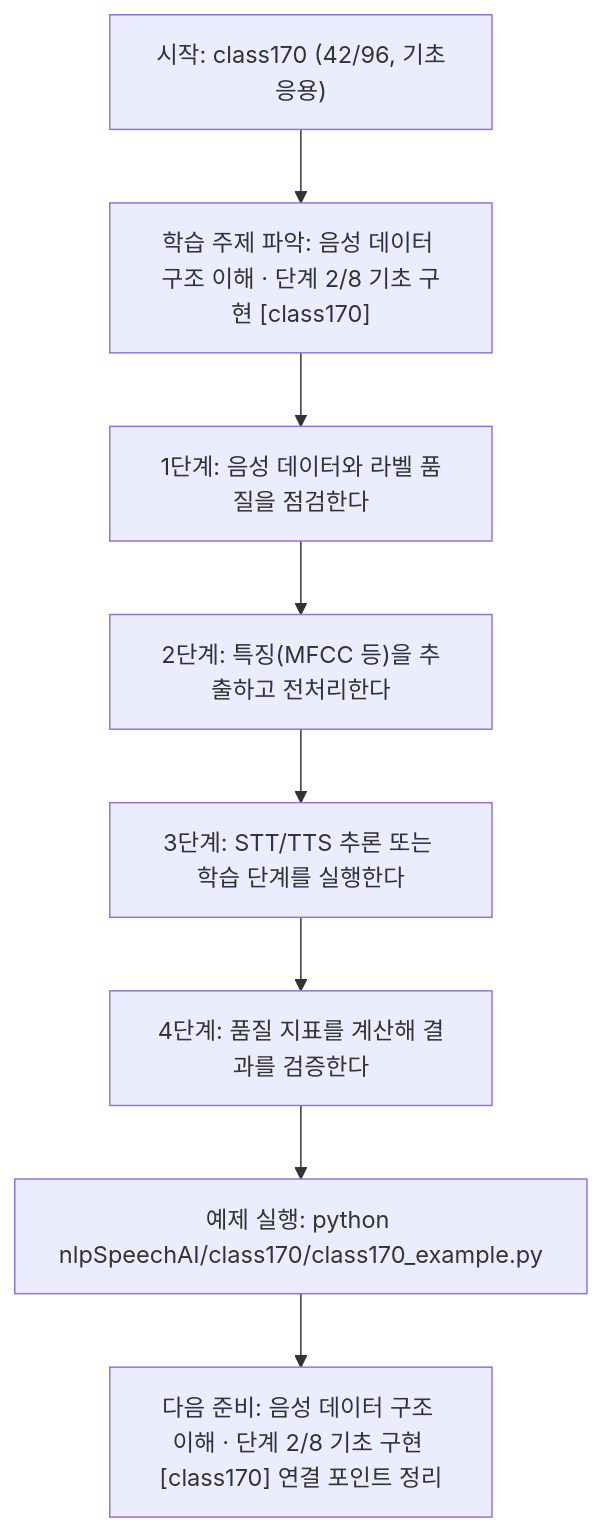
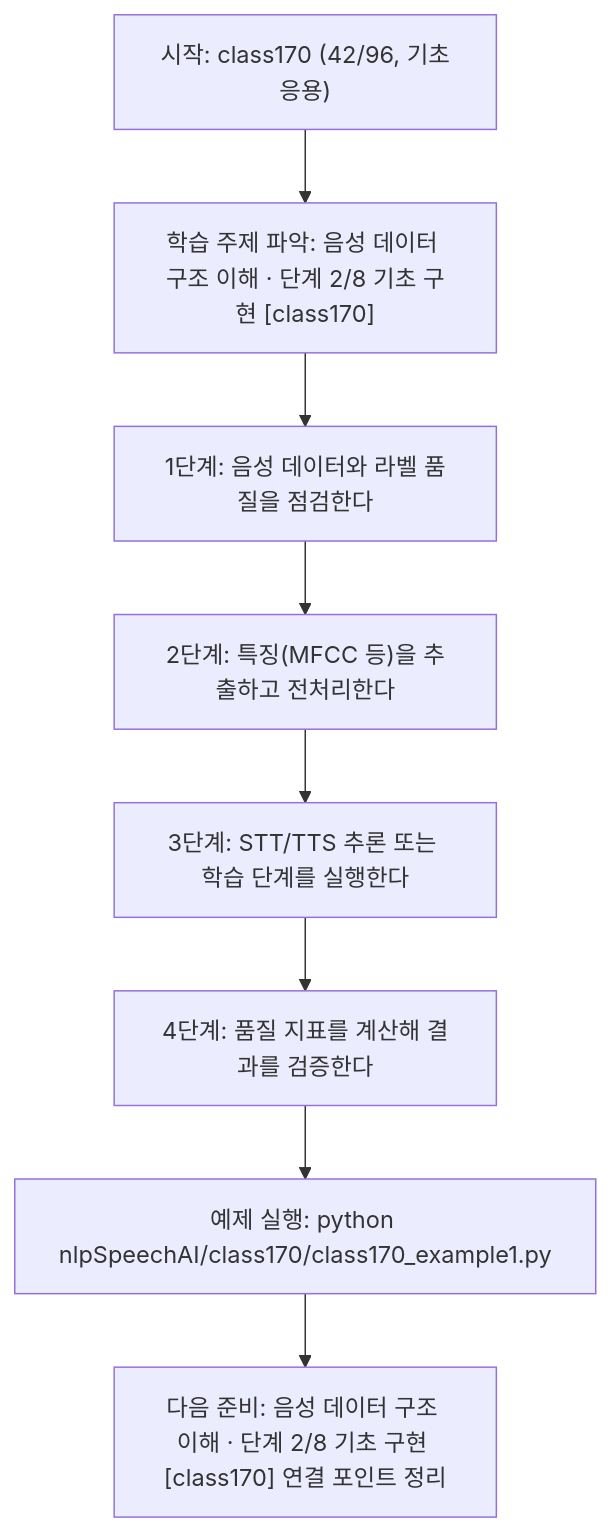
The diagram in nlpSpeechAI/class170/class170.md (edumgt/Python-AI_Agent-Class), drawn with Mermaid before and after one commit. The commit also changed other lines of this file and 2959 other files, not shown here.

````diff
--- a/nlpSpeechAI/class170/class170.md
+++ b/nlpSpeechAI/class170/class170.md
@@ -115,18 +115,18 @@
 ```mermaid
 flowchart TD
 N1["시작: class170 (42/96, 기초응용)"]
 N2["학습 주제 파악: 음성 데이터 구조 이해 · 단계 2/8 기초 구현 [class170]"]
 N3["1단계: 음성 데이터와 라벨 품질을 점검한다"]
 N4["2단계: 특징(MFCC 등)을 추출하고 전처리한다"]
 N5["3단계: STT/TTS 추론 또는 학습 단계를 실행한다"]
 N6["4단계: 품질 지표를 계산해 결과를 검증한다"]
-N7["예제 실행: python nlpSpeechAI/class170/class170_example.py"]
+N7["예제 실행: python nlpSpeechAI/class170/class170_example1.py"]
 N8["다음 준비: 음성 데이터 구조 이해 · 단계 2/8 기초 구현 [class170] 연결 포인트 정리"]
 N1 --> N2
 N2 --> N3
 N3 --> N4
 N4 --> N5
 N5 --> N6
 N6 --> N7
 N7 --> N8
 ```
````
